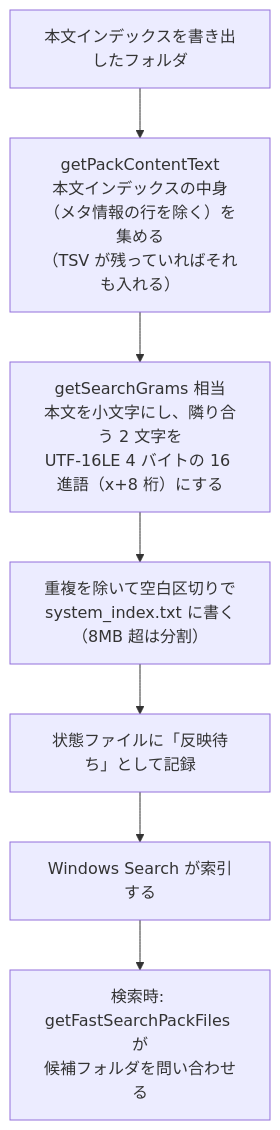
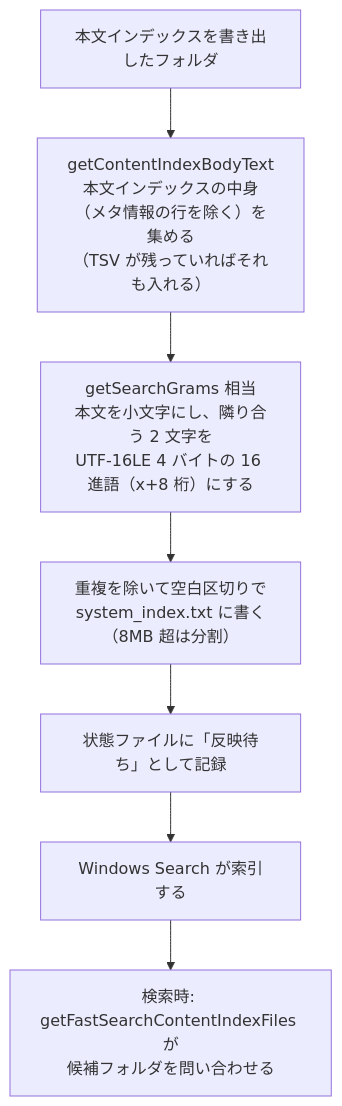
One commit to hsgwa/tebunko changed the diagram in docs/design/index-data/system-index.md. Above: the diagram before and after it, drawn with Mermaid. The commit also changed other lines of this file and 81 other files, not shown here.

First line of the commit message:
refactor: 集約ファイル（pack）のコードの名前を本文インデックス（contentIndex）に改める (#185)

````diff
--- a/docs/design/index-data/system-index.md
+++ b/docs/design/index-data/system-index.md
@@ -7,9 +7,9 @@
 ```mermaid
 flowchart TD
-    A["本文インデックスを書き出したフォルダ"] --> B["getPackContentText<br>本文インデックスの中身（メタ情報の行を除く）を集める<br>（TSV が残っていればそれも入れる）"]
+    A["本文インデックスを書き出したフォルダ"] --> B["getContentIndexBodyText<br>本文インデックスの中身（メタ情報の行を除く）を集める<br>（TSV が残っていればそれも入れる）"]
     B --> C["getSearchGrams 相当<br>本文を小文字にし、隣り合う 2 文字を<br>UTF-16LE 4 バイトの 16 進語（x+8 桁）にする"]
     C --> D["重複を除いて空白区切りで<br>system_index.txt に書く（8MB 超は分割）"]
     D --> E["状態ファイルに「反映待ち」として記録"]
     E --> F["Windows Search が索引する"]
-    F --> G["検索時: getFastSearchPackFiles が<br>候補フォルダを問い合わせる"]
+    F --> G["検索時: getFastSearchContentIndexFiles が<br>候補フォルダを問い合わせる"]
 ```
````
